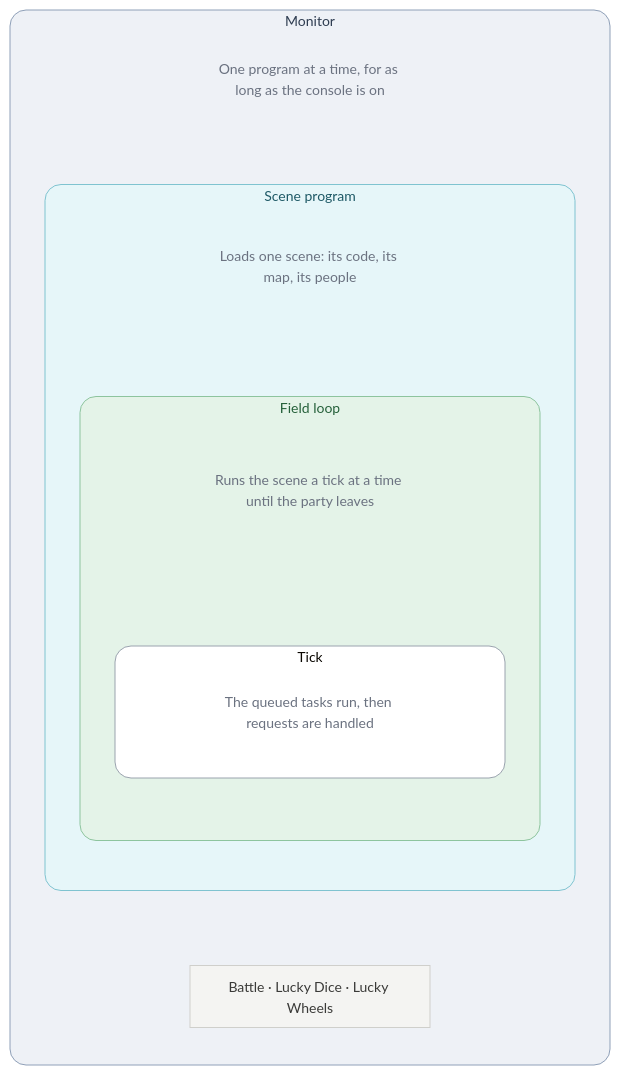
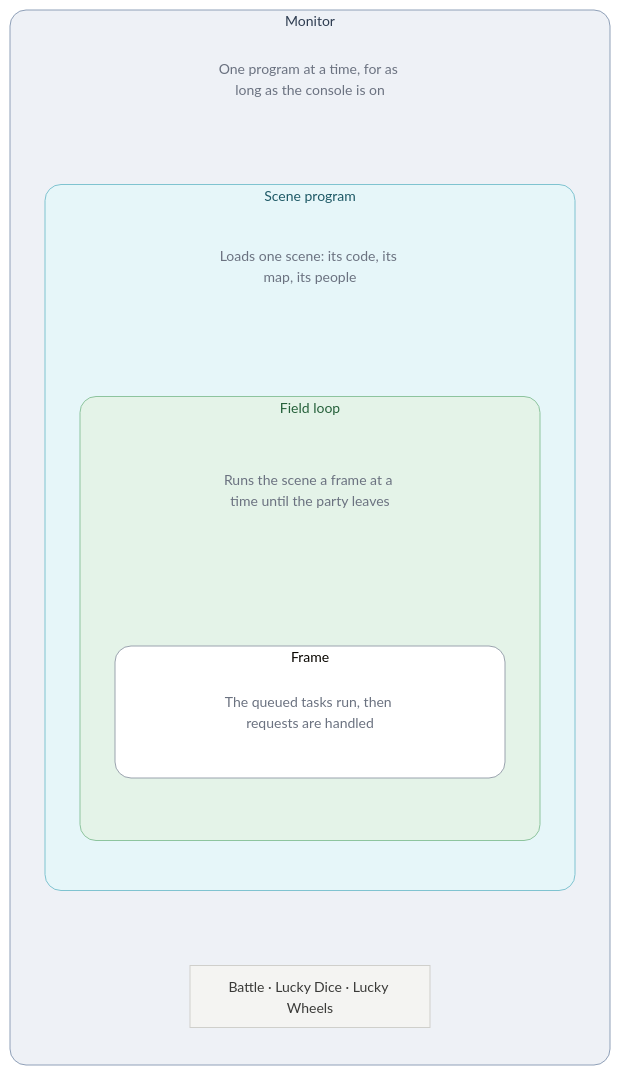
One commit to PascalPixel/alchemy changed the first of 9 diagrams in games/tbs/README.md. Above: the diagram before and after it, drawn with Mermaid. The commit also changed other lines of this file and 2356 other files, not shown here.

````diff
--- a/games/tbs/README.md
+++ b/games/tbs/README.md
@@ -34,33 +34,33 @@
 ```mermaid
 %%{init: {"theme": "base", "themeVariables": {"lineColor": "#9AA3AE", "fontSize": "14px"}, "flowchart": {"padding": 10}}}%%
 flowchart TB
   subgraph seqm ["Monitor"]
     direction TB
     c1["One program at a time, for as long as the console is on"]
     subgraph scene ["Scene program"]
       direction TB
       c2["Loads one scene: its code, its map, its people"]
       subgraph mgr ["Field loop"]
         direction TB
-        c3["Runs the scene a tick at a time until the party leaves"]
-        subgraph tick ["Tick"]
+        c3["Runs the scene a frame at a time until the party leaves"]
+        subgraph frame ["Frame"]
           direction LR
           c4["The queued tasks run, then requests are handled"]
         end
       end
     end
     others["Battle · Lucky Dice · Lucky Wheels"]
   end
   c1 ~~~ scene
   c2 ~~~ mgr
-  c3 ~~~ tick
+  c3 ~~~ frame
   scene ~~~ others
   classDef caption fill:transparent,stroke:transparent,color:#6B7280
   classDef step fill:#F4F4F2,stroke:#CFCFCB,color:#3A3A38
   class c1,c2,c3,c4 caption
   class others step
   style seqm fill:#EEF1F6,stroke:#8FA0B8,color:#2E3C50,rx:16,ry:16
   style scene fill:#E6F6F9,stroke:#7FC3D0,color:#1E5966,rx:16,ry:16
   style mgr fill:#E4F3E8,stroke:#8DC49E,color:#25603A,rx:16,ry:16
-  style tick fill:#FFFFFF,stroke:#9AA3AE,rx:16,ry:16
+  style frame fill:#FFFFFF,stroke:#9AA3AE,rx:16,ry:16
 ```
````
